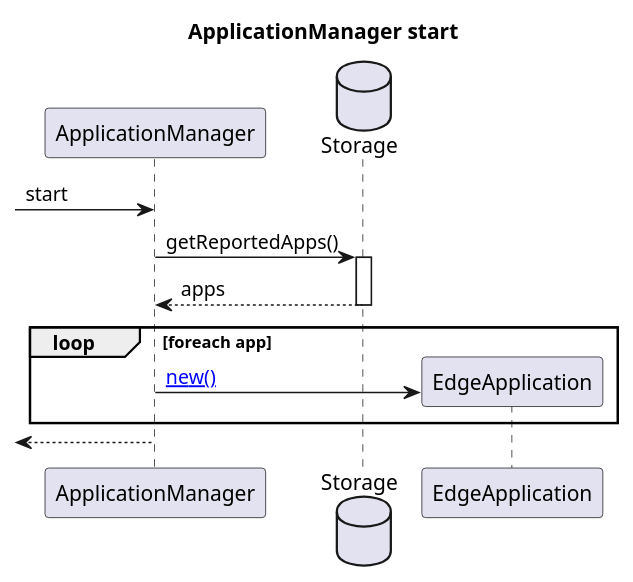
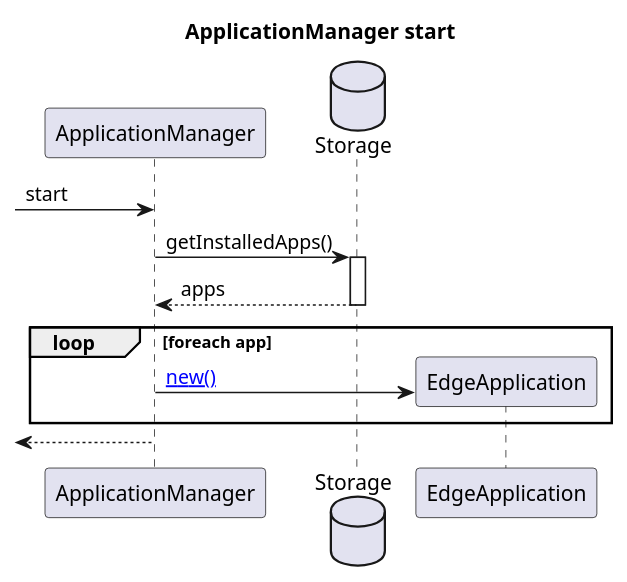
Before and after one commit to se-edge/framework-diagrams: the diagram in ApplicationManager/start.puml, drawn with PlantUML. The commit also changed 7 other files, not shown here.

Commit message:
update boot sequence diagram

```diff
--- a/ApplicationManager/start.puml
+++ b/ApplicationManager/start.puml
@@ -1,19 +1,19 @@
 @startuml
 
 title "ApplicationManager start"
 
 participant ApplicationManager as AM
 database Storage as Stor
 participant EdgeApplication as EApp
 
 [->AM: start
 
-AM->Stor ++: getReportedApps()
+AM->Stor ++: getInstalledApps()
 Stor-->AM --: apps
 
 loop foreach app
 AM->EApp **: [[http://www.plantuml.com/plantuml/proxy?cache=no&src=https://raw.githubusercontent.com/se-edge/diagrams/develop/ApplicationManager/ComposeApplication.new.puml&fmt=svg new()]]
 end
 
 AM-->[:
 @enduml
```
